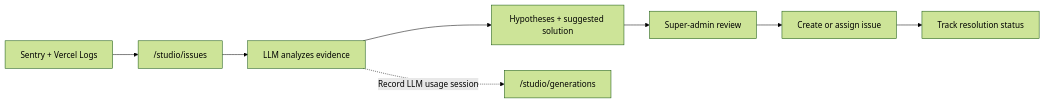
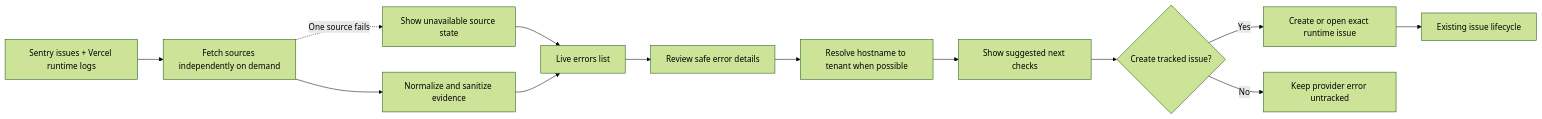
Before and after one commit to tranjunp2-cloud/Build-WebStore-: the diagram in docs/prd/F39-studio-log-issue-tracking.md, drawn with Mermaid (forest theme). The commit also changed other lines of this file and 6 other files, not shown here.

Commit message:
docs(f39): document live error inbox delivery

````diff
--- a/docs/prd/F39-studio-log-issue-tracking.md
+++ b/docs/prd/F39-studio-log-issue-tracking.md
@@ -61,10 +63,15 @@
 ```mermaid
 flowchart LR
-    source_logs["Sentry + Vercel Logs"] --> studio_issues["/studio/issues"]
-    studio_issues --> llm_analysis["LLM analyzes evidence"]
-    llm_analysis --> suggested_resolution["Hypotheses + suggested solution"]
-    suggested_resolution --> superadmin_review["Super-admin review"]
-    superadmin_review --> assign_ticket["Create or assign issue"]
-    assign_ticket --> track_resolution["Track resolution status"]
-    llm_analysis -. "Record LLM usage session" .-> studio_generations["/studio/generations"]
+    provider_sources["Sentry issues + Vercel runtime logs"] --> fetch_live_errors["Fetch sources independently on demand"]
+    fetch_live_errors --> normalize_evidence["Normalize and sanitize evidence"]
+    fetch_live_errors -. "One source fails" .-> degraded_source["Show unavailable source state"]
+    degraded_source --> live_error_list["Live errors list"]
+    normalize_evidence --> live_error_list
+    live_error_list --> review_error["Review safe error details"]
+    review_error --> resolve_tenant["Resolve hostname to tenant when possible"]
+    resolve_tenant --> suggested_checks["Show suggested next checks"]
+    suggested_checks --> promotion_decision{"Create tracked issue?"}
+    promotion_decision -- "Yes" --> create_runtime_issue["Create or open exact runtime issue"]
+    create_runtime_issue --> tracked_issue_workflow["Existing issue lifecycle"]
+    promotion_decision -- "No" --> end_reviewed["Keep provider error untracked"]
 ```
````
